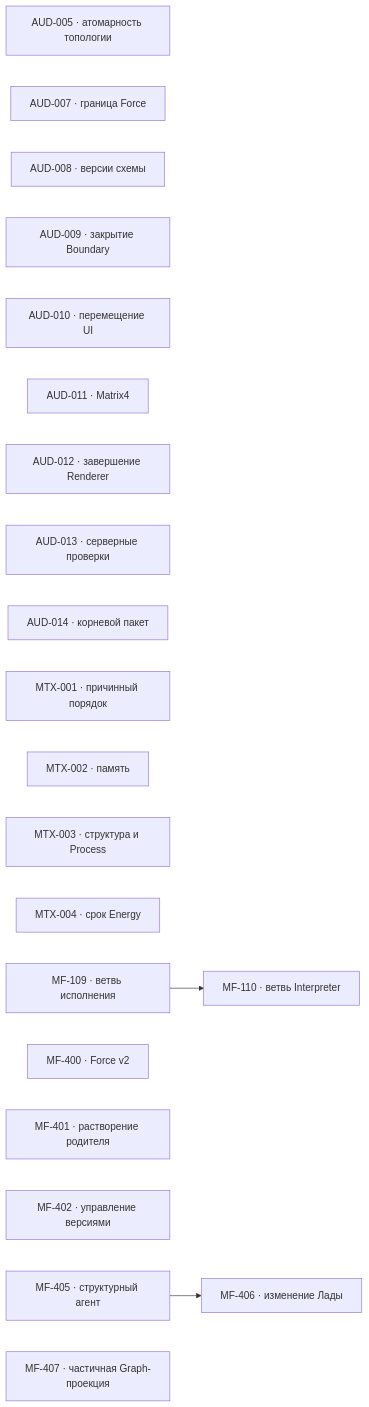
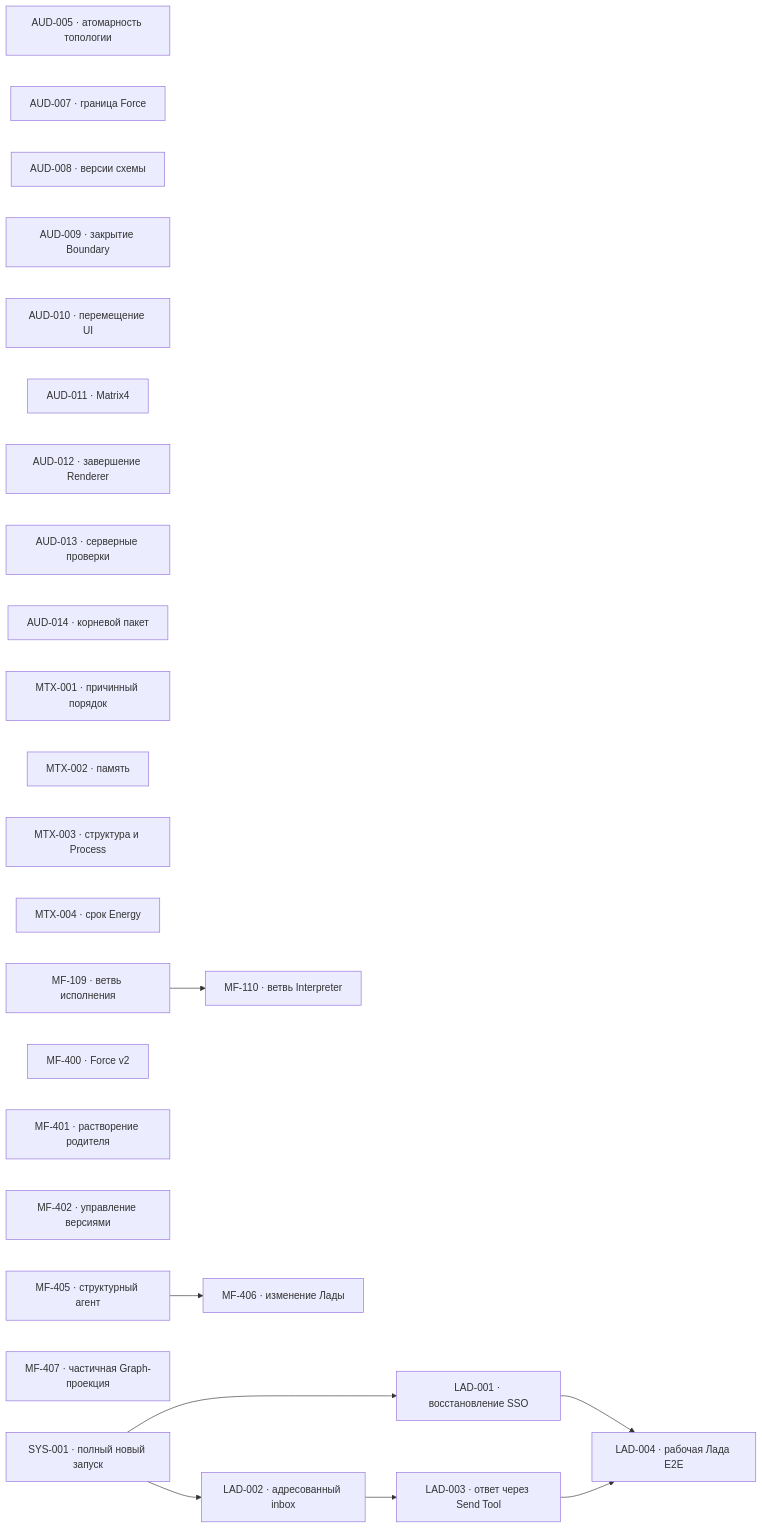
Before and after one commit to zavx0z/metafor: the diagram in project/TODO.md, drawn with Mermaid. The commit also changed other lines of this file and 27 other files, not shown here.

````diff
--- a/project/TODO.md
+++ b/project/TODO.md
@@ -13,26 +13,36 @@
 ```mermaid
 flowchart LR
     AUD005["AUD-005 · атомарность топологии"]
     AUD007["AUD-007 · граница Force"]
     AUD008["AUD-008 · версии схемы"]
     AUD009["AUD-009 · закрытие Boundary"]
     AUD010["AUD-010 · перемещение UI"]
     AUD011["AUD-011 · Matrix4"]
     AUD012["AUD-012 · завершение Renderer"]
     AUD013["AUD-013 · серверные проверки"]
     AUD014["AUD-014 · корневой пакет"]
     MTX001["MTX-001 · причинный порядок"]
     MTX002["MTX-002 · память"]
     MTX003["MTX-003 · структура и Process"]
     MTX004["MTX-004 · срок Energy"]
     MF109["MF-109 · ветвь исполнения"]
     MF110["MF-110 · ветвь Interpreter"]
     MF400["MF-400 · Force v2"]
     MF401["MF-401 · растворение родителя"]
     MF402["MF-402 · управление версиями"]
     MF405["MF-405 · структурный агент"]
     MF406["MF-406 · изменение Лады"]
     MF407["MF-407 · частичная Graph-проекция"]
+    SYS001["SYS-001 · полный новый запуск"]
+    LAD001["LAD-001 · восстановление SSO"]
+    LAD002["LAD-002 · адресованный inbox"]
+    LAD003["LAD-003 · ответ через Send Tool"]
+    LAD004["LAD-004 · рабочая Лада E2E"]
     MF109 --> MF110
     MF405 --> MF406
+    SYS001 --> LAD001
+    SYS001 --> LAD002
+    LAD002 --> LAD003
+    LAD001 --> LAD004
+    LAD003 --> LAD004
 ```
````
